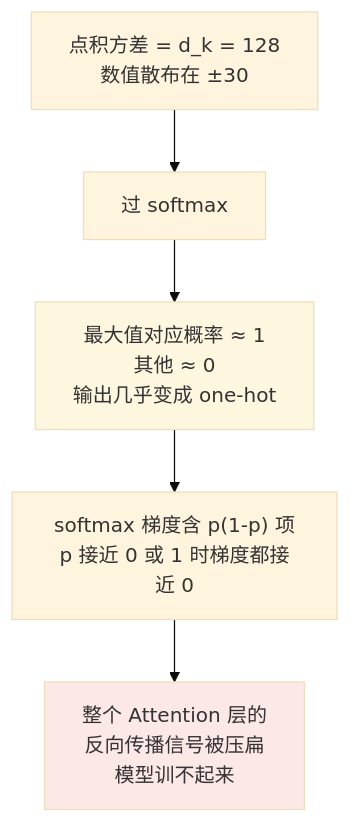
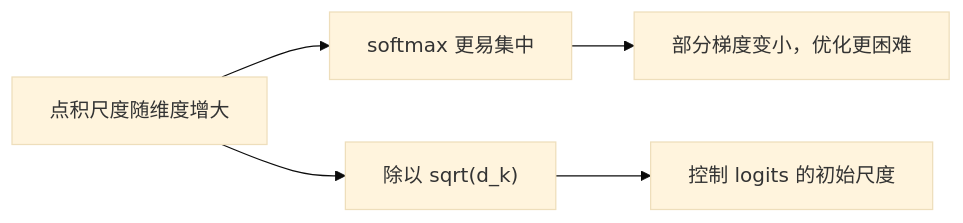
One commit to oneleaveknowsthefall/awesome-ai-roadmap changed the first of 2 diagrams in docs/llm/01-foundations/02-transformer-architecture.md. Above: the diagram before and after it, drawn with Mermaid (base theme). The commit also changed other lines of this file and 45 other files, not shown here.

````diff
--- a/docs/llm/01-foundations/02-transformer-architecture.md
+++ b/docs/llm/01-foundations/02-transformer-architecture.md
@@ -110,10 +53,7 @@
 ```mermaid
-flowchart TB
-    A["点积方差 = d_k = 128<br/>数值散布在 ±30"] --> B["过 softmax"]
-    B --> C["最大值对应概率 ≈ 1<br/>其他 ≈ 0<br/>输出几乎变成 one-hot"]
-    C --> D["softmax 梯度含 p(1-p) 项<br/>p 接近 0 或 1 时梯度都接近 0"]
-    D --> E["整个 Attention 层的<br/>反向传播信号被压扁<br/>模型训不起来"]
-
-    style C fill:#fef7e0
-    style E fill:#fce8e6
+flowchart LR
+    A["点积尺度随维度增大"] --> B["softmax 更易集中"]
+    B --> C["部分梯度变小，优化更困难"]
+    A --> D["除以 sqrt(d_k)"]
+    D --> E["控制 logits 的初始尺度"]
 ```
````
